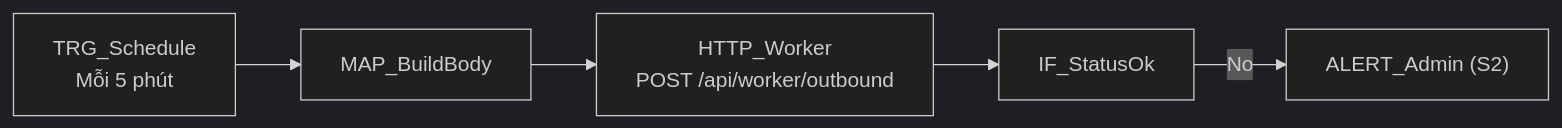
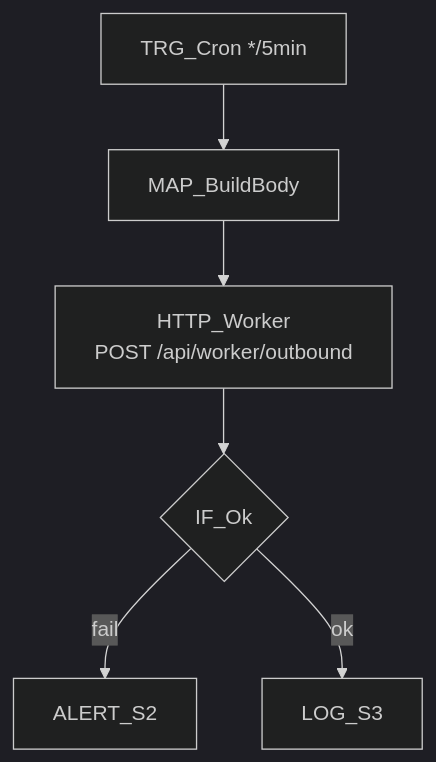
Before and after one commit to nguyendinhduy-1995/daotaolaixethayduy-V2: the sixth of 7 diagrams in docs/runbooks/n8n-production.md, drawn with Mermaid (dark theme). The commit also changed other lines of this file and 2 other files, not shown here.

````diff
--- a/docs/runbooks/n8n-production.md
+++ b/docs/runbooks/n8n-production.md
@@ -609,7 +407,8 @@
 ```mermaid
-graph LR
-    TRG["TRG_Schedule<br/>Mỗi 5 phút"] --> MAP["MAP_BuildBody"]
+flowchart TD
+    TRG["TRG_Cron */5min"] --> MAP["MAP_BuildBody"]
     MAP --> HTTP["HTTP_Worker<br/>POST /api/worker/outbound"]
-    HTTP --> IF["IF_StatusOk"]
-    IF -->|No| ALERT["ALERT_Admin (S2)"]
+    HTTP --> IF{"IF_Ok"}
+    IF -->|fail| ALERT["ALERT_S2"]
+    IF -->|ok| LOG["LOG_S3"]
 ```
````
